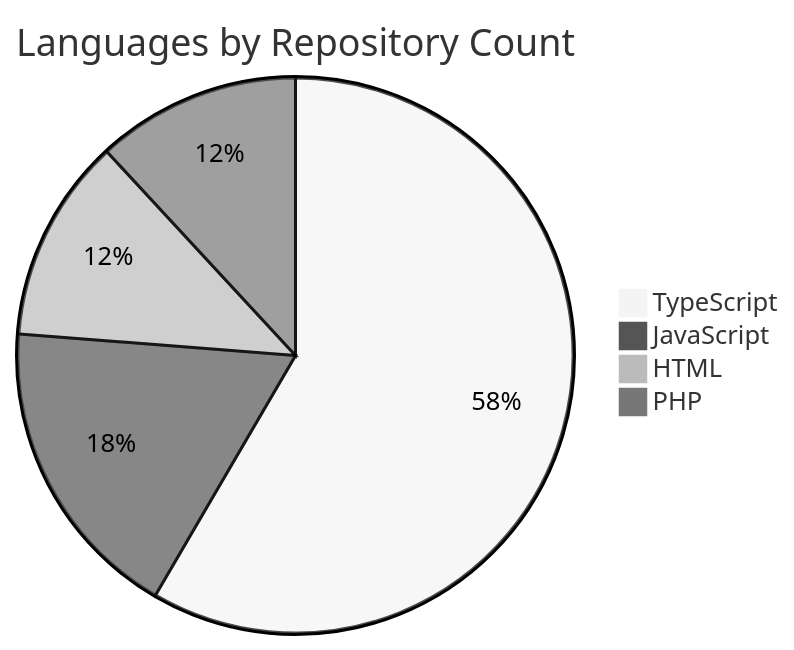
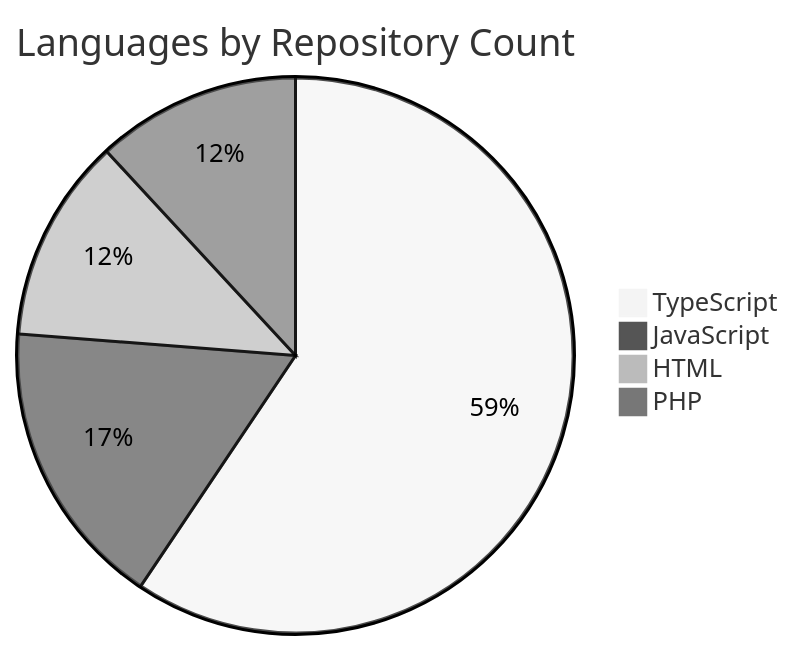
One commit to virgenherrera/virgenherrera changed the second of 2 diagrams in README.md. Above: the diagram before and after it, drawn with Mermaid (neutral theme).

Commit message:
docs: auto-generate README.md [skip ci]

````diff
--- a/README.md
+++ b/README.md
@@ -45,7 +45,7 @@
 ```mermaid
 pie title Languages by Repository Count
-    "TypeScript" : 59
-    "JavaScript" : 18
+    "TypeScript" : 60
+    "JavaScript" : 17
     "HTML" : 12
     "PHP" : 12
 ```
````
